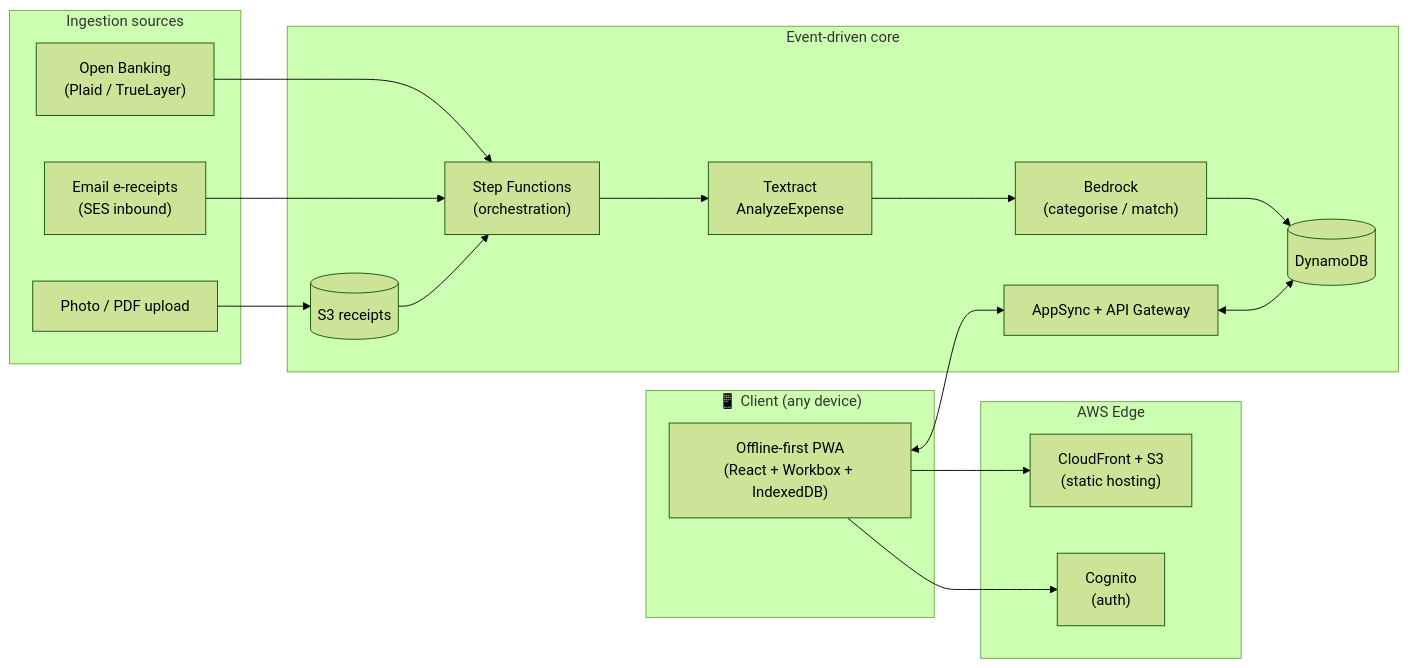
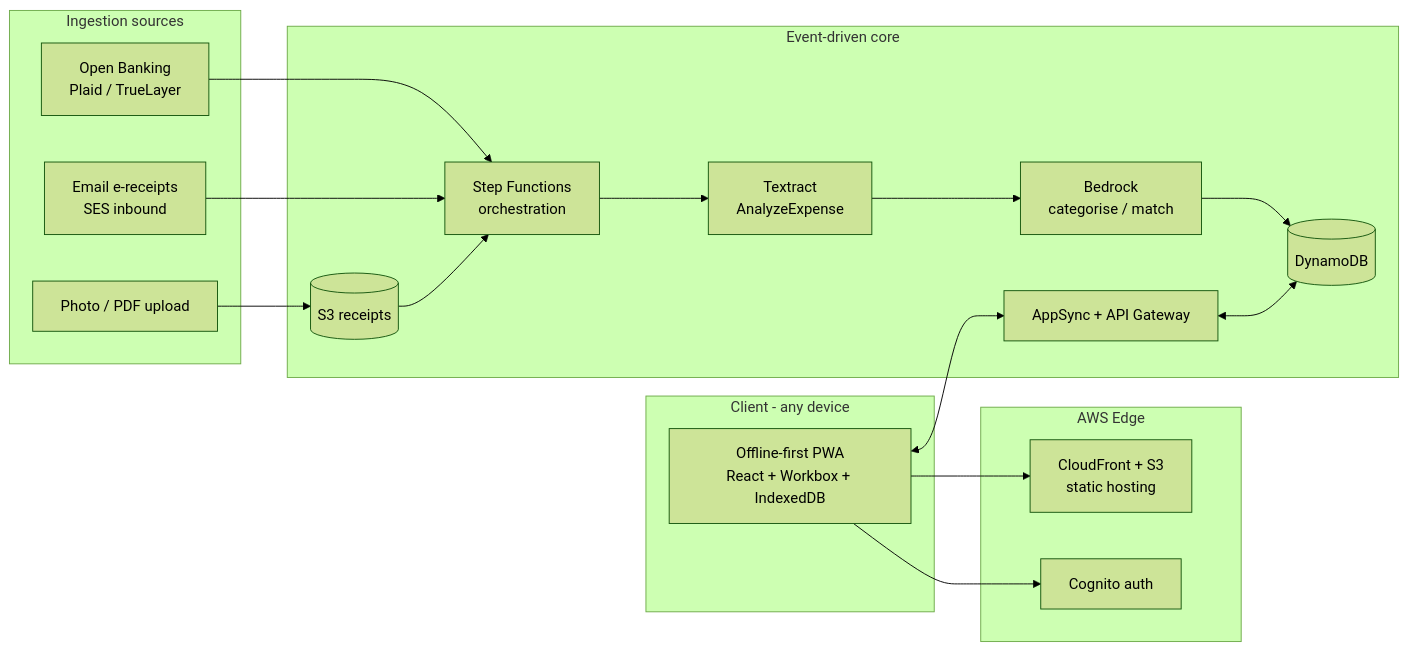
The diagram in README.md (Nikorshun/autoexpense), drawn with Mermaid (forest theme) before and after one commit.

Commit message:
Fix README Mermaid diagram rendering on GitHub
Remove emoji and parentheses from subgraph titles, which GitHub's Mermaid renderer fails to parse.

````diff
--- a/README.md
+++ b/README.md
@@ -43,35 +43,35 @@
 ```mermaid
 flowchart LR
-    subgraph Client["📱 Client (any device)"]
-        PWA["Offline-first PWA<br/>(React + Workbox + IndexedDB)"]
+    subgraph Client["Client - any device"]
+        PWA["Offline-first PWA<br/>React + Workbox + IndexedDB"]
     end
 
     subgraph Edge["AWS Edge"]
-        CF["CloudFront + S3<br/>(static hosting)"]
-        COG["Cognito<br/>(auth)"]
+        CF["CloudFront + S3<br/>static hosting"]
+        COG["Cognito auth"]
     end
 
     subgraph Ingest["Ingestion sources"]
-        OB["Open Banking<br/>(Plaid / TrueLayer)"]
-        EM["Email e-receipts<br/>(SES inbound)"]
+        OB["Open Banking<br/>Plaid / TrueLayer"]
+        EM["Email e-receipts<br/>SES inbound"]
         IMG["Photo / PDF upload"]
     end
 
     subgraph Core["Event-driven core"]
         API["AppSync + API Gateway"]
-        SF["Step Functions<br/>(orchestration)"]
+        SF["Step Functions<br/>orchestration"]
         TX["Textract<br/>AnalyzeExpense"]
-        BR["Bedrock<br/>(categorise / match)"]
+        BR["Bedrock<br/>categorise / match"]
         DDB[("DynamoDB")]
         S3R[("S3 receipts")]
     end
 
     PWA --> CF
     PWA --> COG
     PWA <--> API
     OB --> SF
     EM --> SF
     IMG --> S3R --> SF
     SF --> TX --> BR --> DDB
     API <--> DDB
 ```
````
